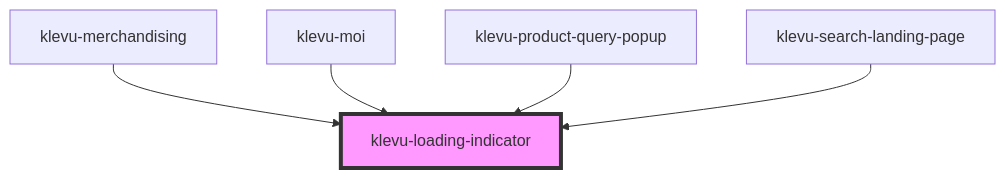
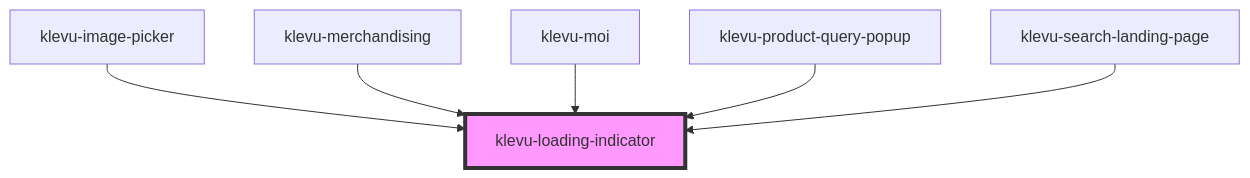
The diagram in packages/klevu-ui/src/components/klevu-loading-indicator/readme.md (klevultd/frontend-sdk), drawn with Mermaid before and after one commit. The commit also changed other lines of this file and 28 other files, not shown here.

````diff
--- a/packages/klevu-ui/src/components/klevu-loading-indicator/readme.md
+++ b/packages/klevu-ui/src/components/klevu-loading-indicator/readme.md
@@ -22,8 +23,9 @@
 ```mermaid
 graph TD;
+  klevu-image-picker --> klevu-loading-indicator
   klevu-merchandising --> klevu-loading-indicator
   klevu-moi --> klevu-loading-indicator
   klevu-product-query-popup --> klevu-loading-indicator
   klevu-search-landing-page --> klevu-loading-indicator
   style klevu-loading-indicator fill:#f9f,stroke:#333,stroke-width:4px
 ```
````
